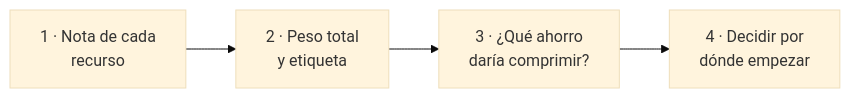
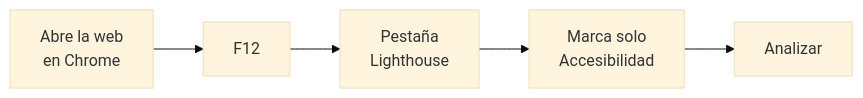
One commit to campusdevfp/sost2627 changed diagram 12 of 14 in docs/ut3/index.md. Above: the diagram before and after it, drawn with Mermaid (base theme). The commit also changed other lines of this file and 11 other files, not shown here.

````diff
--- a/docs/ut3/index.md
+++ b/docs/ut3/index.md
@@ -290,6 +435,4 @@
 ```mermaid
 flowchart LR
-    A["1 · Nota de cada<br/>recurso"] --> B["2 · Peso total<br/>y etiqueta"]
-    B --> C["3 · ¿Qué ahorro<br/>daría comprimir?"]
-    C --> D["4 · Decidir por<br/>dónde empezar"]
+    A["Abre la web<br/>en Chrome"] --> B["F12"] --> C["Pestaña<br/>Lighthouse"] --> D["Marca solo<br/>Accesibilidad"] --> E["Analizar"]
 ```
````
